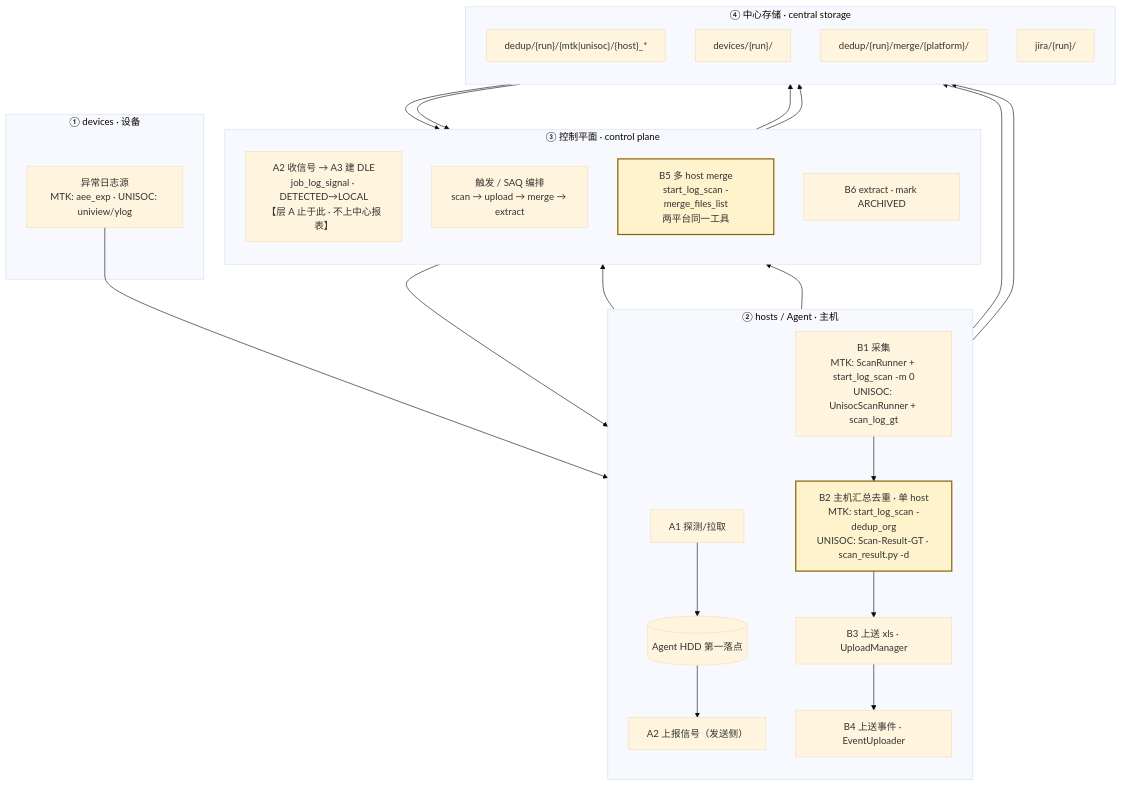
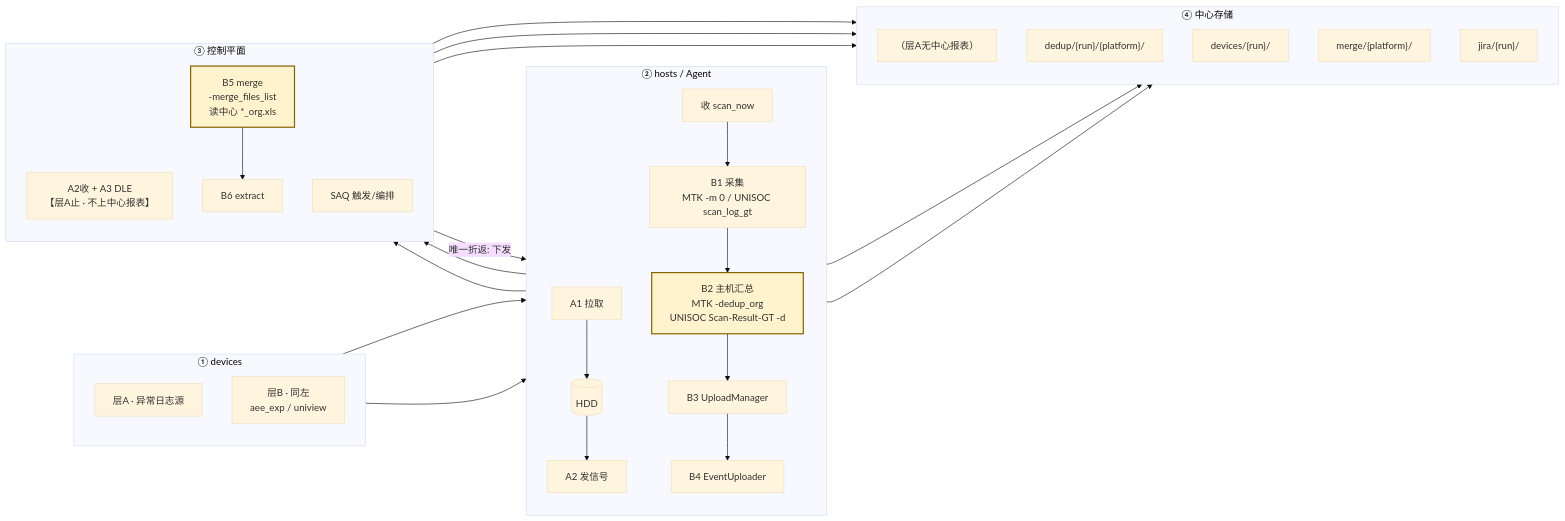
Before and after one commit to DUElost/stability-test-platform: the diagram in docs/design/2026-log-chain-global-semantics.md, drawn with Mermaid (base theme). The commit also changed other lines of this file, not shown here.

Commit message:
docs: §2.D 改为 LR 四列泳道、消灭存储锯齿折返
层A/B分行平行；仅保留 TR→B0 一条下发折返；B5/B6 只写出到中心路径。

````diff
--- a/docs/design/2026-log-chain-global-semantics.md
+++ b/docs/design/2026-log-chain-global-semantics.md
@@ -91,43 +91,52 @@
 ```mermaid
-flowchart TB
-  subgraph DEV["① devices · 设备"]
-    D["异常日志源<br/>MTK: aee_exp · UNISOC: uniview/ylog"]
+flowchart LR
+  subgraph DEV["① devices"]
+    direction TB
+    Da["层A · 异常日志源"]
+    Db["层B · 同左<br/>aee_exp / uniview"]
   end
 
-  subgraph HOST["② hosts / Agent · 主机"]
+  subgraph HOST["② hosts / Agent"]
     direction TB
-    A1["A1 探测/拉取"]
-    HDD[("Agent HDD 第一落点")]
-    A2["A2 上报信号（发送侧）"]
-    B1["B1 采集<br/>MTK: ScanRunner + start_log_scan -m 0<br/>UNISOC: UnisocScanRunner + scan_log_gt"]
-    B2["B2 主机汇总去重 · 单 host<br/>MTK: start_log_scan -dedup_org<br/>UNISOC: Scan-Result-GT · scan_result.py -d"]
-    B3["B3 上送 xls · UploadManager"]
-    B4["B4 上送事件 · EventUploader"]
+    A1["A1 拉取"]
+    HDD[("HDD")]
+    A2["A2 发信号"]
+    B0["收 scan_now"]
+    B1["B1 采集<br/>MTK -m 0 / UNISOC scan_log_gt"]
+    B2["B2 主机汇总<br/>MTK -dedup_org<br/>UNISOC Scan-Result-GT -d"]
+    B3["B3 UploadManager"]
+    B4["B4 EventUploader"]
   end
 
-  subgraph CP["③ 控制平面 · control plane"]
+  subgraph CP["③ 控制平面"]
     direction TB
-    A23["A2 收信号 → A3 建 DLE<br/>job_log_signal · DETECTED→LOCAL<br/>【层 A 止于此 · 不上中心报表】"]
-    TR["触发 / SAQ 编排<br/>scan → upload → merge → extract"]
-    B5["B5 多 host merge<br/>start_log_scan -merge_files_list<br/>两平台同一工具"]
-    B6["B6 extract · mark ARCHIVED"]
+    A3["A2收 + A3 DLE<br/>【层A止 · 不上中心报表】"]
+    TR["SAQ 触发/编排"]
+    B5["B5 merge<br/>-merge_files_list<br/>读中心 *_org.xls"]
+    B6["B6 extract"]
   end
 
-  subgraph ST["④ 中心存储 · central storage"]
+  subgraph ST["④ 中心存储"]
     direction TB
-    P1["dedup/{run}/{mtk|unisoc}/{host}_*"]
+    Pa["（层A无中心报表）"]
+    P1["dedup/{run}/{platform}/"]
     P2["devices/{run}/"]
-    P3["dedup/{run}/merge/{platform}/"]
+    P3["merge/{platform}/"]
     P4["jira/{run}/"]
   end
 
-  D --> A1 --> HDD
-  HDD --> A2 --> A23
-  HDD --> TR --> B1 --> B2 --> B3 --> B4
+  %% 层 A：只向右，止于控制面
+  Da --> A1 --> HDD --> A2 --> A3
+  A3 --> Pa
+
+  %% 层 B：唯一「右→左」边 = 触发下发；其余单向向右或写入存储
+  TR -->|唯一折返: 下发| B0
+  Db --> B0 --> B1 --> B2 --> B3 --> B4 --> B5 --> B6
   B3 --> P1
   B4 --> P2
-  P1 --> B5 --> P3 --> B6 --> P4
+  B5 --> P3
+  B6 --> P4
 
   classDef confuse fill:#fff3cd,stroke:#856404,stroke-width:2px
   class B2,B5 confuse
 ```
````
